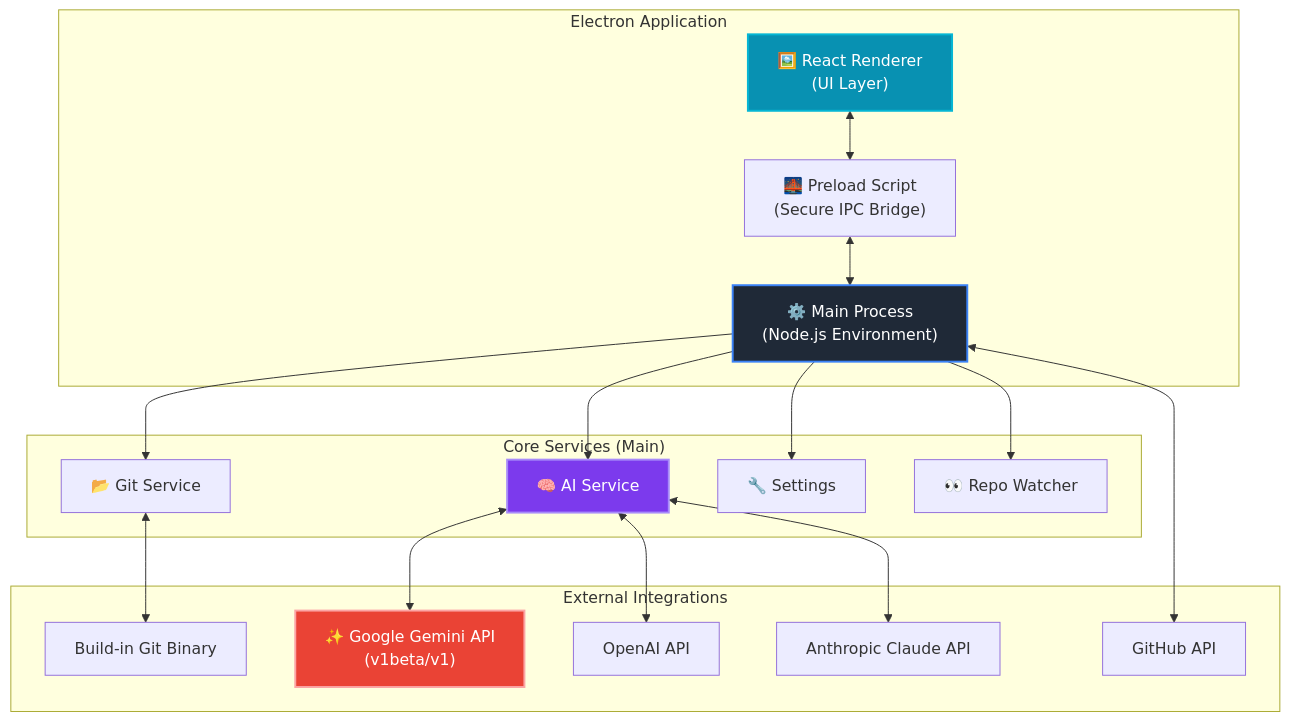
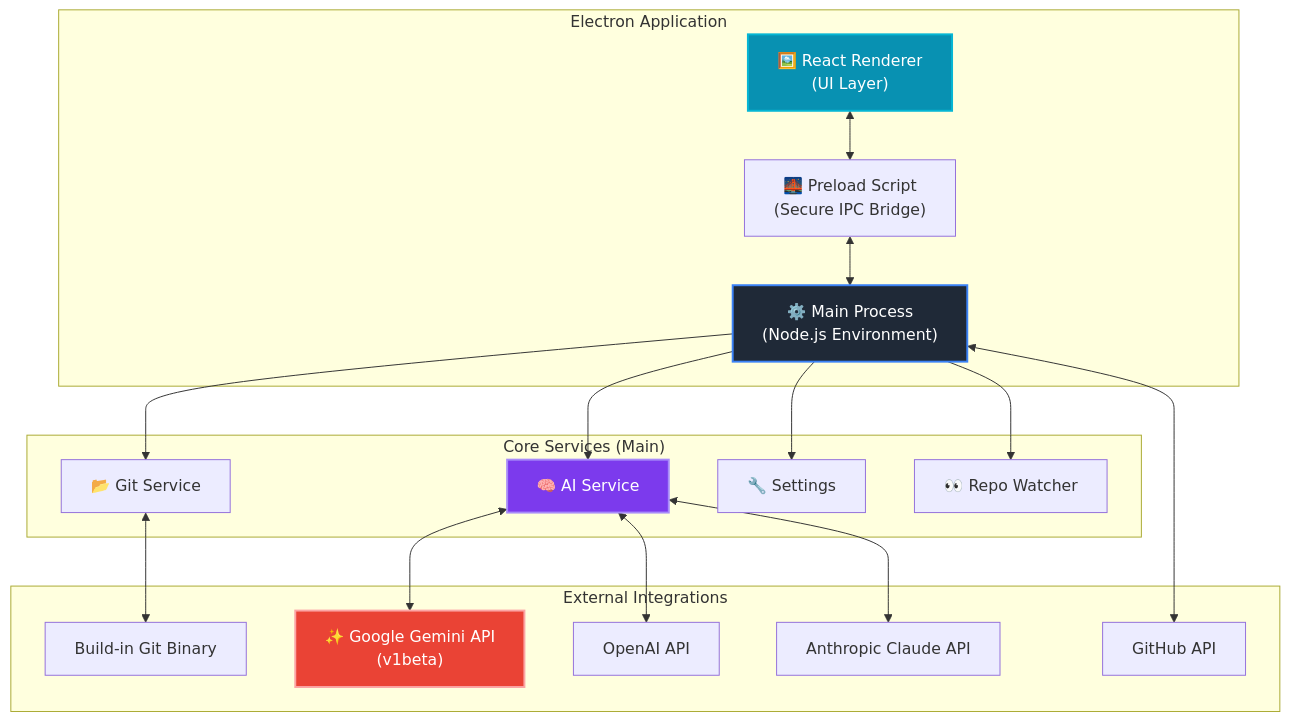
The diagram in README.md (TainYanTun/GitCanopy), drawn with Mermaid before and after one commit. The commit also changed other lines of this file and 1 other file, not shown here.

First line of the commit message:
docs: update download options and Gemini API details

````diff
--- a/README.md
+++ b/README.md
@@ -80,41 +81,41 @@
 ```mermaid
 graph TD
     subgraph "Electron Application"
         Renderer["🖼️ React Renderer<br/>(UI Layer)"]
         Main["⚙️ Main Process<br/>(Node.js Environment)"]
         Preload["🌉 Preload Script<br/>(Secure IPC Bridge)"]
         
         Renderer <--> Preload <--> Main
     end
 
     subgraph "Core Services (Main)"
         GitService["📂 Git Service"]
         AiService["🧠 AI Service"]
         Settings["🔧 Settings"]
         Watcher["👀 Repo Watcher"]
         
         Main --> GitService
         Main --> AiService
         Main --> Settings
         Main --> Watcher
     end
 
     subgraph "External Integrations"
         GitCLI["Build-in Git Binary"]
-        GeminiAPI["✨ Google Gemini API<br/>(v1beta/v1)"]
+        GeminiAPI["✨ Google Gemini API<br/>(v1beta)"]
         OpenAI_API["OpenAI API"]
         Claude_API["Anthropic Claude API"]
         GitHubAPI["GitHub API"]
         
         GitService <--> GitCLI
         AiService <--> GeminiAPI
         AiService <--> OpenAI_API
         AiService <--> Claude_API
         Main <--> GitHubAPI
     end
 
     style Renderer fill:#0891b2,stroke:#06b6d4,stroke-width:2px,color:#fff
     style Main fill:#1f2937,stroke:#3b82f6,stroke-width:2px,color:#fff
     style AiService fill:#7c3aed,stroke:#a78bfa,stroke-width:2px,color:#fff
     style GeminiAPI fill:#ea4335,stroke:#fca5a5,stroke-width:2px,color:#fff
 ```
````
